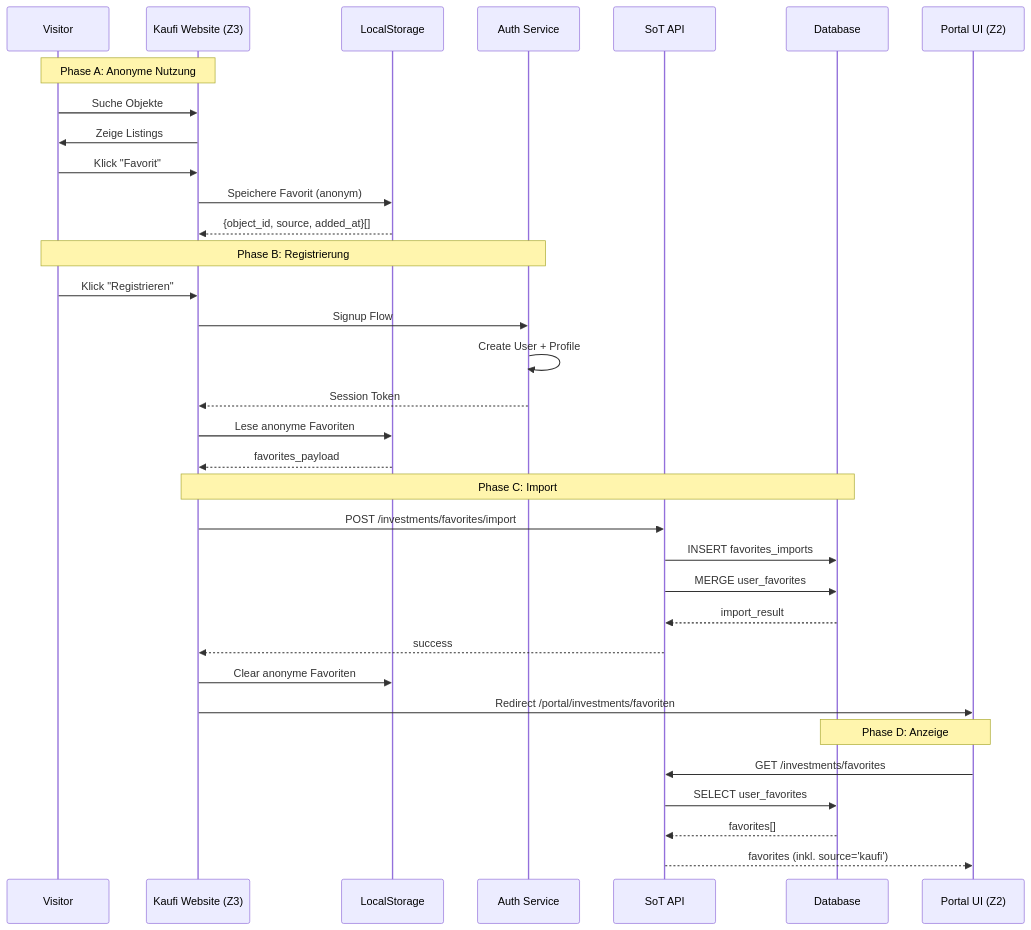
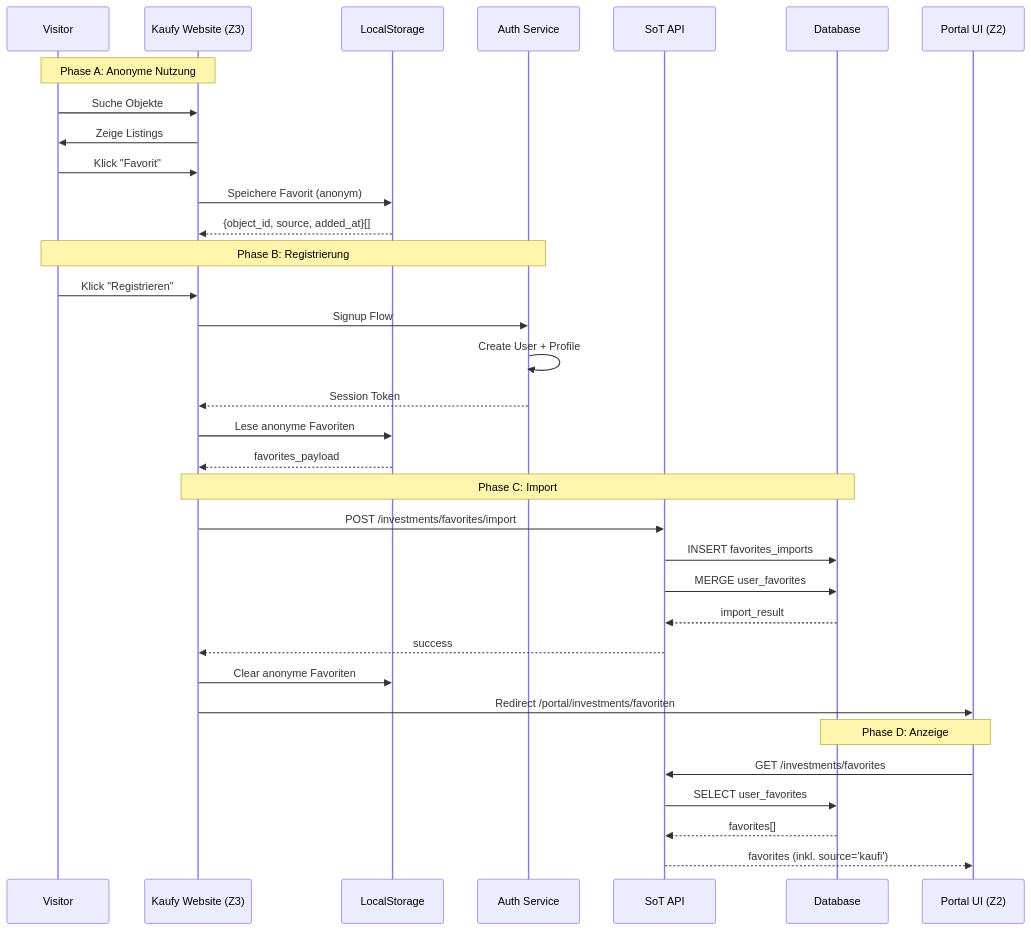
Before and after one commit to thomasstelzl1981/town-square-platform: the first of 4 diagrams in docs/modules/MOD-08_INVESTMENTS.md, drawn with Mermaid. The commit also changed other lines of this file and 5 other files, not shown here.

````diff
--- a/docs/modules/MOD-08_INVESTMENTS.md
+++ b/docs/modules/MOD-08_INVESTMENTS.md
@@ -127,40 +127,40 @@
 ```mermaid
 sequenceDiagram
     participant V as Visitor
-    participant KW as Kaufi Website (Z3)
+    participant KW as Kaufy Website (Z3)
     participant LS as LocalStorage
     participant AUTH as Auth Service
     participant API as SoT API
     participant DB as Database
     participant UI as Portal UI (Z2)
 
     Note over V,KW: Phase A: Anonyme Nutzung
     V->>KW: Suche Objekte
     KW->>V: Zeige Listings
     V->>KW: Klick "Favorit"
     KW->>LS: Speichere Favorit (anonym)
     LS-->>KW: {object_id, source, added_at}[]
 
     Note over V,AUTH: Phase B: Registrierung
     V->>KW: Klick "Registrieren"
     KW->>AUTH: Signup Flow
     AUTH->>AUTH: Create User + Profile
     AUTH-->>KW: Session Token
     KW->>LS: Lese anonyme Favoriten
     LS-->>KW: favorites_payload
 
     Note over KW,DB: Phase C: Import
     KW->>API: POST /investments/favorites/import
     API->>DB: INSERT favorites_imports
     API->>DB: MERGE user_favorites
     DB-->>API: import_result
     API-->>KW: success
     KW->>LS: Clear anonyme Favoriten
     KW->>UI: Redirect /portal/investments/favoriten
 
     Note over UI,DB: Phase D: Anzeige
     UI->>API: GET /investments/favorites
     API->>DB: SELECT user_favorites
     DB-->>API: favorites[]
     API-->>UI: favorites (inkl. source='kaufi')
 ```
````
